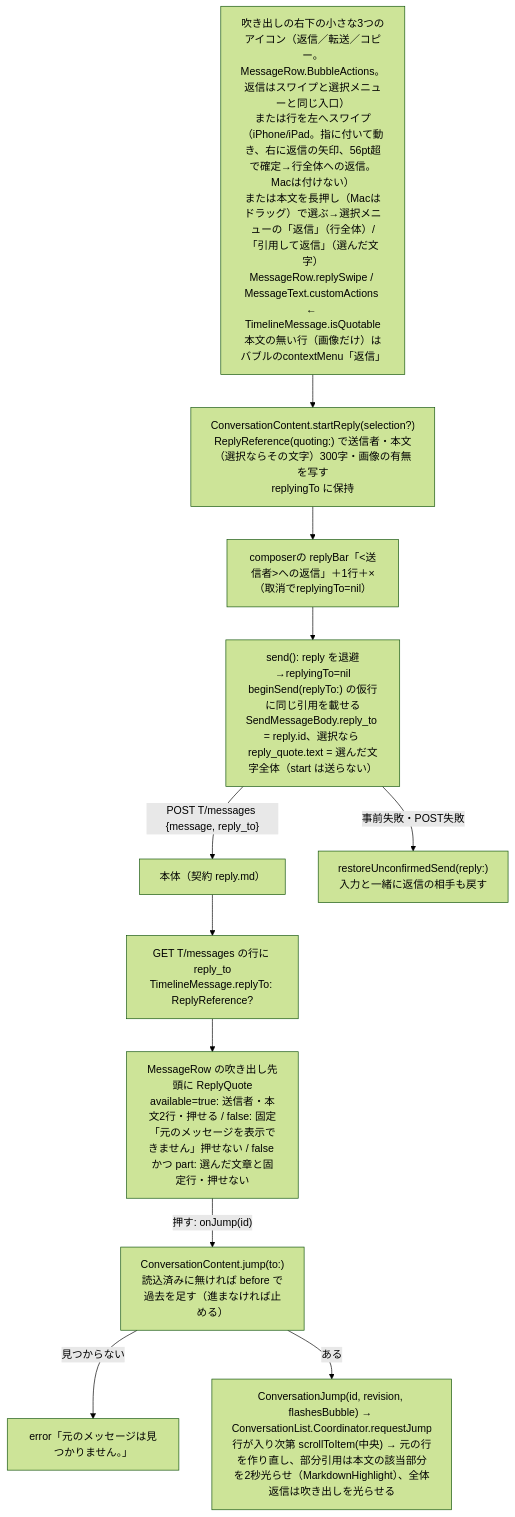
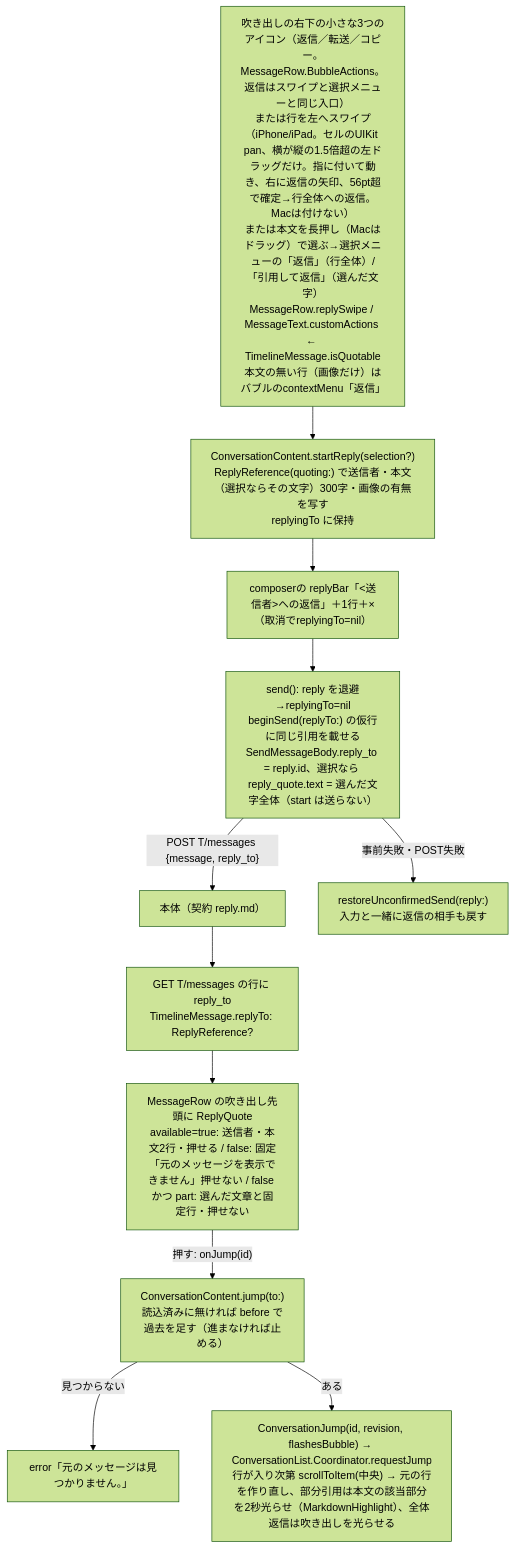
Before and after one commit to kitepon/BellTeam: the sixth of 9 diagrams in docs/architecture/modules/apple/conversation.md, drawn with Mermaid (forest theme). The commit also changed other lines of this file and 4 other files, not shown here.

First line of the commit message:
Apple: reply swipe no longer narrows the chat log's vertical scroll (a424)

````diff
--- a/docs/architecture/modules/apple/conversation.md
+++ b/docs/architecture/modules/apple/conversation.md
@@ -154,13 +154,13 @@
 ```mermaid
 flowchart TD
-  Pick["吹き出しの右下の小さな3つのアイコン（返信／転送／コピー。MessageRow.BubbleActions。返信はスワイプと選択メニューと同じ入口）<br/>または行を左へスワイプ（iPhone/iPad。指に付いて動き、右に返信の矢印、56pt超で確定→行全体への返信。Macは付けない）<br/>または本文を長押し（Macはドラッグ）で選ぶ→選択メニューの「返信」（行全体）/「引用して返信」（選んだ文字）<br/>MessageRow.replySwipe / MessageText.customActions ← TimelineMessage.isQuotable<br/>本文の無い行（画像だけ）はバブルのcontextMenu「返信」"] --> Snap["ConversationContent.startReply(selection?)<br/>ReplyReference(quoting:) で送信者・本文（選択ならその文字）300字・画像の有無を写す<br/>replyingTo に保持"]
+  Pick["吹き出しの右下の小さな3つのアイコン（返信／転送／コピー。MessageRow.BubbleActions。返信はスワイプと選択メニューと同じ入口）<br/>または行を左へスワイプ（iPhone/iPad。セルのUIKit pan、横が縦の1.5倍超の左ドラッグだけ。指に付いて動き、右に返信の矢印、56pt超で確定→行全体への返信。Macは付けない）<br/>または本文を長押し（Macはドラッグ）で選ぶ→選択メニューの「返信」（行全体）/「引用して返信」（選んだ文字）<br/>MessageRow.replySwipe / MessageText.customActions ← TimelineMessage.isQuotable<br/>本文の無い行（画像だけ）はバブルのcontextMenu「返信」"] --> Snap["ConversationContent.startReply(selection?)<br/>ReplyReference(quoting:) で送信者・本文（選択ならその文字）300字・画像の有無を写す<br/>replyingTo に保持"]
   Snap --> Bar["composerの replyBar「<送信者>への返信」＋1行＋×（取消でreplyingTo=nil）"]
   Bar --> Send["send(): reply を退避→replyingTo=nil<br/>beginSend(replyTo:) の仮行に同じ引用を載せる<br/>SendMessageBody.reply_to = reply.id、選択なら reply_quote.text = 選んだ文字全体（start は送らない）"]
   Send -->|"POST T/messages {message, reply_to}"| Server["本体（契約 reply.md）"]
   Send -->|"事前失敗・POST失敗"| Restore["restoreUnconfirmedSend(reply:)<br/>入力と一緒に返信の相手も戻す"]
   Server --> History["GET T/messages の行に reply_to<br/>TimelineMessage.replyTo: ReplyReference?"]
   History --> Quote["MessageRow の吹き出し先頭に ReplyQuote<br/>available=true: 送信者・本文2行・押せる / false: 固定「元のメッセージを表示できません」押せない / false かつ part: 選んだ文章と固定行・押せない"]
   Quote -->|"押す: onJump(id)"| Jump["ConversationContent.jump(to:)<br/>読込済みに無ければ before で過去を足す（進まなければ止める）"]
   Jump -->|"見つからない"| NotFound["error「元のメッセージは見つかりません。」"]
   Jump -->|"ある"| Scroll["ConversationJump(id, revision, flashesBubble) → ConversationList.Coordinator.requestJump<br/>行が入り次第 scrollToItem(中央) → 元の行を作り直し、部分引用は本文の該当部分を2秒光らせ（MarkdownHighlight）、全体返信は吹き出しを光らせる"]
 ```
````
